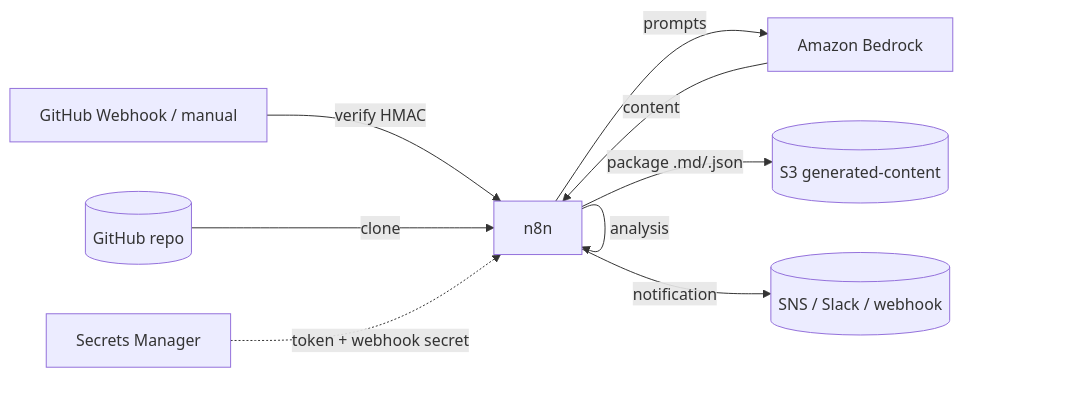
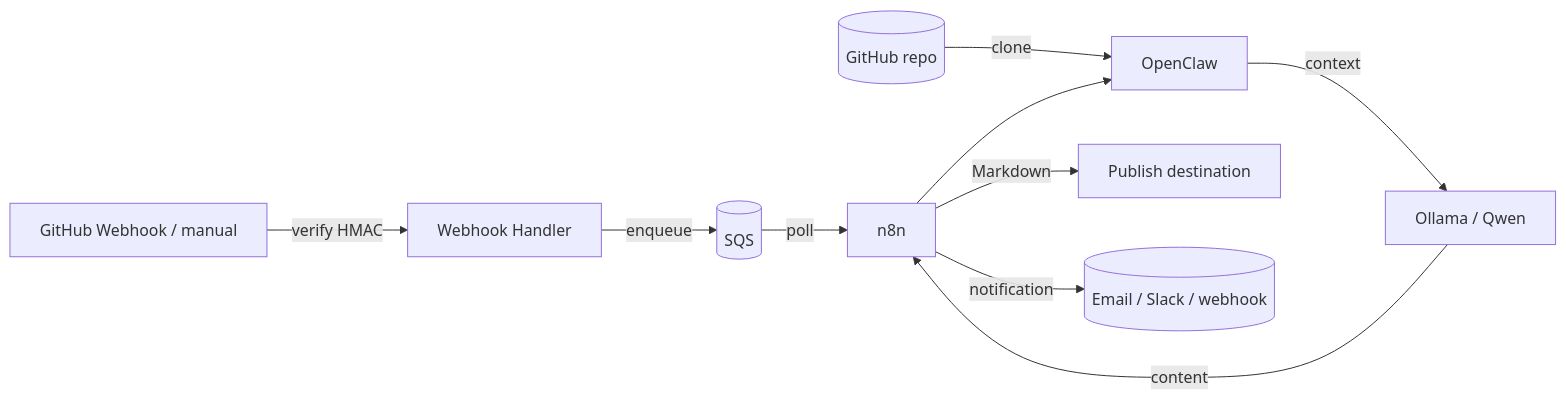
One commit to teddynted/ai-github-repository-blog-generator changed the sixth of 7 diagrams in docs/architecture.md. Above: the diagram before and after it, drawn with Mermaid. The commit also changed other lines of this file and 12 other files, not shown here.

First line of the commit message:
docs: pivot to self-hosted OpenClaw + Ollama + EC2 Spot architecture

````diff
--- a/docs/architecture.md
+++ b/docs/architecture.md
@@ -159,11 +191,12 @@
 ```mermaid
 flowchart LR
-    EVT[GitHub Webhook / manual] -->|verify HMAC| N[n8n]
-    GH[(GitHub repo)] -->|clone| N
-    N -->|analysis| N
-    N -->|prompts| BR[Amazon Bedrock]
-    BR -->|content| N
-    N -->|package .md/.json| S3[(S3 generated-content)]
-    N -->|notification| NOTIF[(SNS / Slack / webhook)]
-    SM[Secrets Manager] -. token + webhook secret .-> N
+    EVT[GitHub Webhook / manual] -->|verify HMAC| LH[Webhook Handler]
+    LH -->|enqueue| SQS[(SQS)]
+    SQS -->|poll| N8N[n8n]
+    GH[(GitHub repo)] -->|clone| OC[OpenClaw]
+    N8N --> OC
+    OC -->|context| OL[Ollama / Qwen]
+    OL -->|content| N8N
+    N8N -->|Markdown| PUB[Publish destination]
+    N8N -->|notification| NOTIF[(Email / Slack / webhook)]
 ```
````
